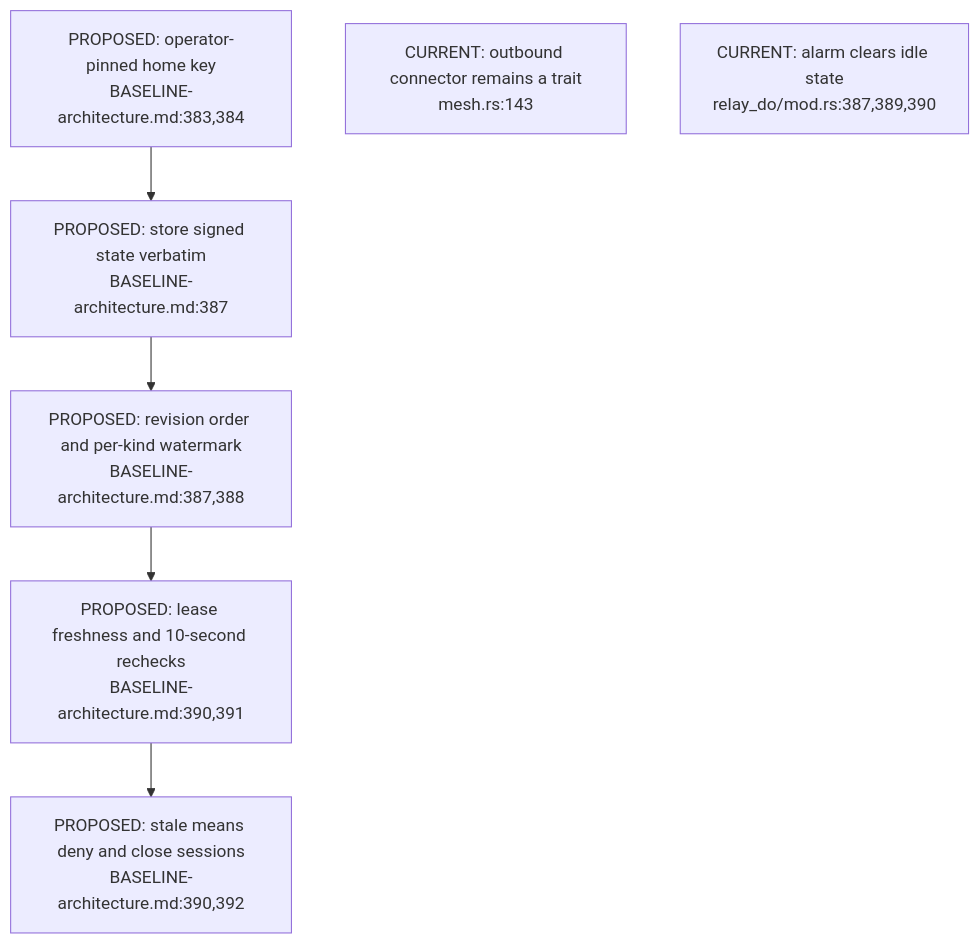
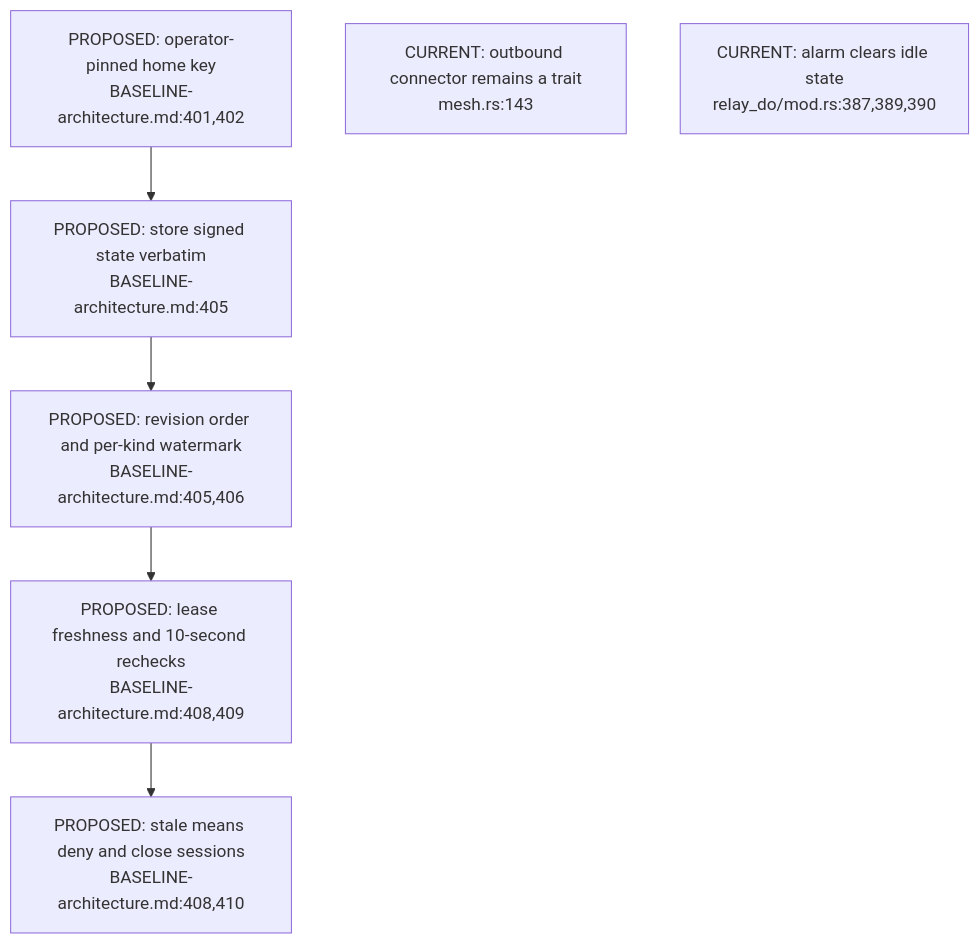
One commit to DreamLab-AI/VisionFlow changed the second of 3 diagrams in docs/diagrams/nostr-rust-forum/14-proposed-group-replication-and-spaces.md. Above: the diagram before and after it, drawn with Mermaid. The commit also changed other lines of this file and 23 other files, not shown here.

First line of the commit message:
docs(diagrams): pass C nostr-rust-forum area re-verified at de31aaa

````diff
--- a/docs/diagrams/nostr-rust-forum/14-proposed-group-replication-and-spaces.md
+++ b/docs/diagrams/nostr-rust-forum/14-proposed-group-replication-and-spaces.md
@@ -39,9 +39,9 @@
 ```mermaid
 flowchart TD
-    PIN["PROPOSED: operator-pinned home key<br/>BASELINE-architecture.md:383,384"] --> COPY["PROPOSED: store signed state verbatim<br/>BASELINE-architecture.md:387"]
-    COPY --> ORDER["PROPOSED: revision order and per-kind watermark<br/>BASELINE-architecture.md:387,388"]
-    ORDER --> FRESH["PROPOSED: lease freshness and 10-second rechecks<br/>BASELINE-architecture.md:390,391"]
-    FRESH --> DENY["PROPOSED: stale means deny and close sessions<br/>BASELINE-architecture.md:390,392"]
+    PIN["PROPOSED: operator-pinned home key<br/>BASELINE-architecture.md:401,402"] --> COPY["PROPOSED: store signed state verbatim<br/>BASELINE-architecture.md:405"]
+    COPY --> ORDER["PROPOSED: revision order and per-kind watermark<br/>BASELINE-architecture.md:405,406"]
+    ORDER --> FRESH["PROPOSED: lease freshness and 10-second rechecks<br/>BASELINE-architecture.md:408,409"]
+    FRESH --> DENY["PROPOSED: stale means deny and close sessions<br/>BASELINE-architecture.md:408,410"]
     GAP["CURRENT: outbound connector remains a trait<br/>mesh.rs:143"]
     ALARM["CURRENT: alarm clears idle state<br/>relay_do/mod.rs:387,389,390"]
 ```
````
